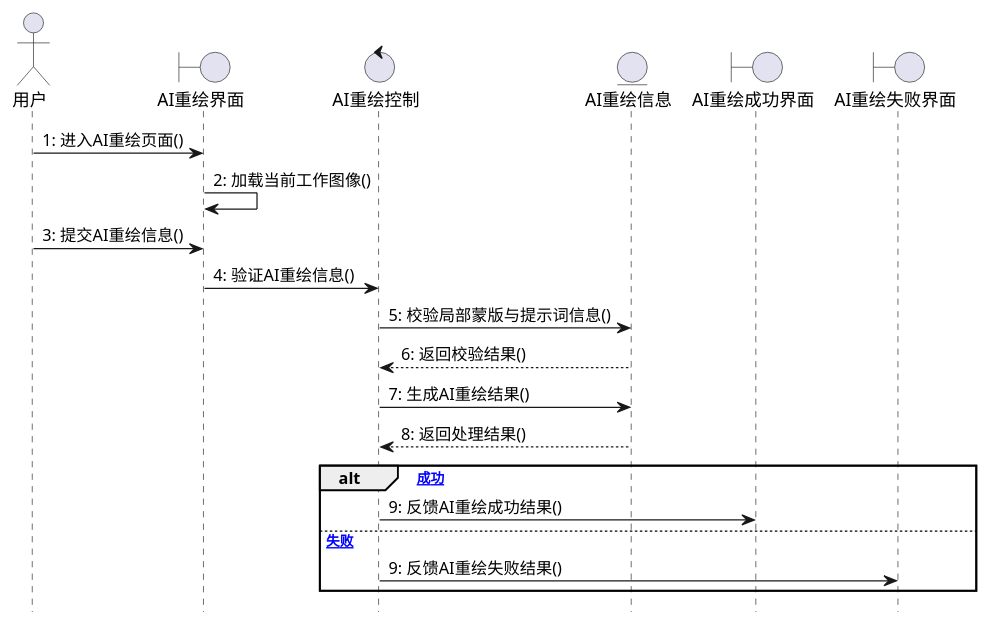
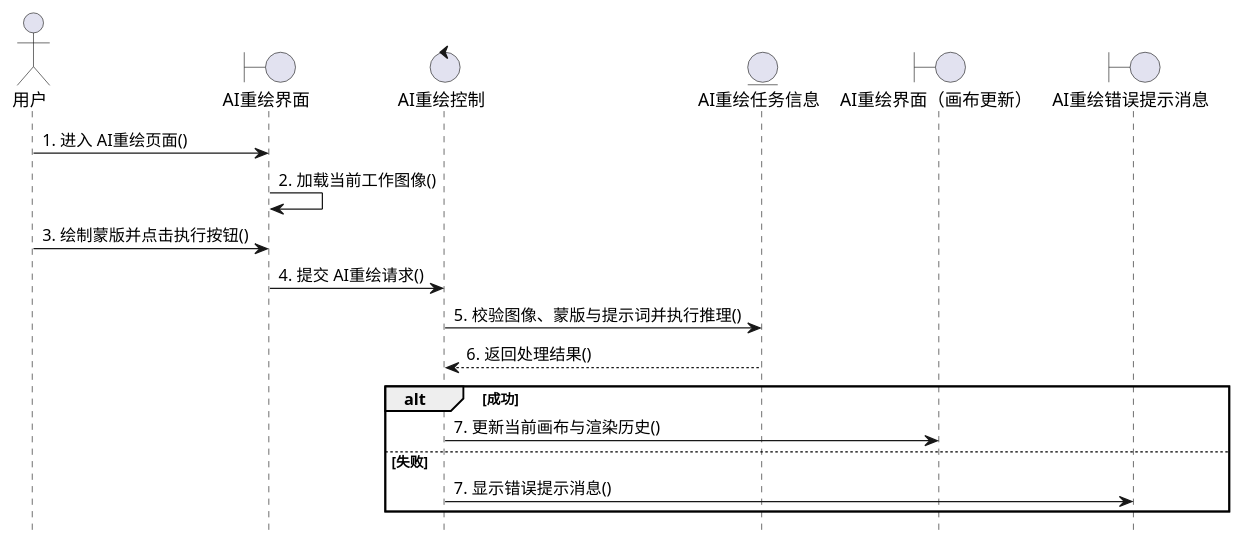
Before and after one commit to LyferLu/Artie: the sixth of 16 diagrams in doc/paper.md, drawn with PlantUML. The commit also changed other lines of this file, not shown here.

````diff
--- a/doc/paper.md
+++ b/doc/paper.md
@@ -800,25 +829,23 @@
 ```plantuml
 @startuml
 hide footbox
 actor 用户
 boundary "AI重绘界面" as B4
 control "AI重绘控制" as C4
-entity "AI重绘信息" as E4
-boundary "AI重绘成功界面" as BS4
-boundary "AI重绘失败界面" as BF4
+entity "AI重绘任务信息" as E4
+boundary "AI重绘界面（画布更新）" as BS4
+boundary "AI重绘错误提示消息" as BF4
 
-用户 -> B4 : 1: 进入AI重绘页面()
-B4 -> B4 : 2: 加载当前工作图像()
-用户 -> B4 : 3: 提交AI重绘信息()
-B4 -> C4 : 4: 验证AI重绘信息()
-C4 -> E4 : 5: 校验局部蒙版与提示词信息()
-E4 --> C4 : 6: 返回校验结果()
-C4 -> E4 : 7: 生成AI重绘结果()
-E4 --> C4 : 8: 返回处理结果()
-alt [成功]
-  C4 -> BS4 : 9: 反馈AI重绘成功结果()
-else [失败]
-  C4 -> BF4 : 9: 反馈AI重绘失败结果()
+用户 -> B4 : 1. 进入 AI重绘页面()
+B4 -> B4 : 2. 加载当前工作图像()
+用户 -> B4 : 3. 绘制蒙版并点击执行按钮()
+B4 -> C4 : 4. 提交 AI重绘请求()
+C4 -> E4 : 5. 校验图像、蒙版与提示词并执行推理()
+E4 --> C4 : 6. 返回处理结果()
+alt 成功
+  C4 -> BS4 : 7. 更新当前画布与渲染历史()
+else 失败
+  C4 -> BF4 : 7. 显示错误提示消息()
 end
 @enduml
 ```
````
